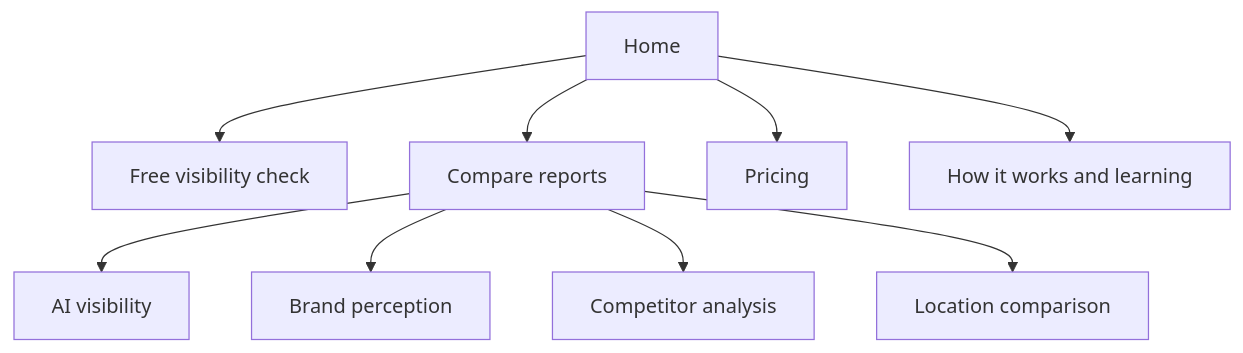
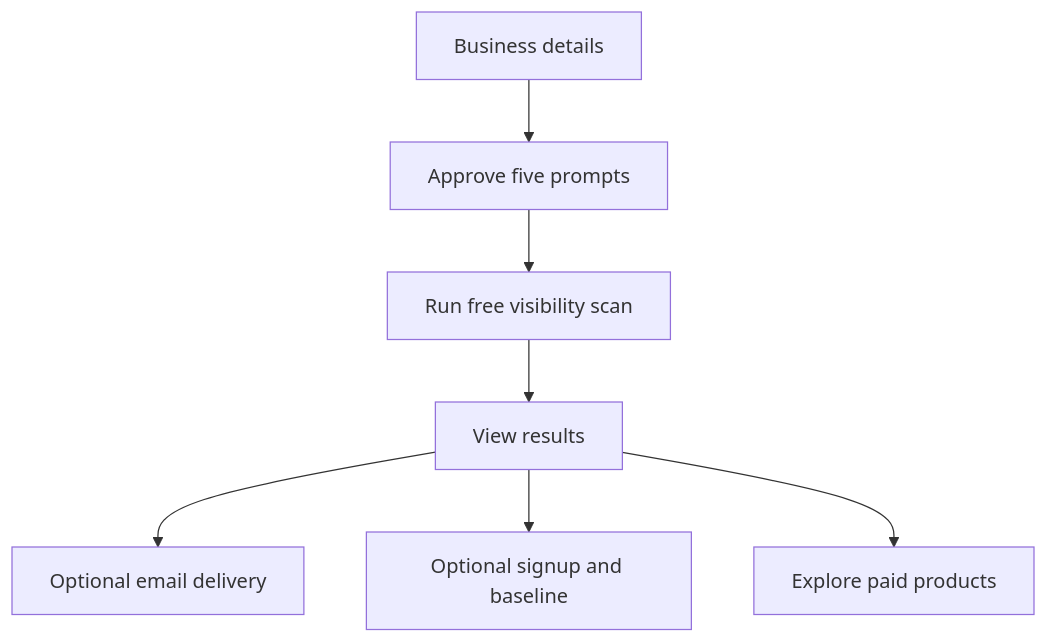
The first of 2 diagrams in docs/product/website-and-journey-map.md (javoniehodge-code/aibizscanner), drawn with Mermaid before and after one commit. The commit also changed other lines of this file and 12 other files, not shown here.

Commit message:
docs: align product flows, monitoring and checklists; add Claude Design skeleton

````diff
--- a/docs/product/website-and-journey-map.md
+++ b/docs/product/website-and-journey-map.md
@@ -12,11 +15,9 @@
 ```mermaid
 flowchart TD
-  H["Home"] --> F["Free visibility check"]
-  H --> R["Compare reports"]
-  H --> P["Pricing"]
-  H --> E["How it works and learning"]
-  R --> V["AI visibility"]
-  R --> B["Brand perception"]
-  R --> C["Competitor analysis"]
-  R --> L["Location comparison"]
+  B["Business details"] --> Q["Approve five prompts"]
+  Q --> S["Run free visibility scan"]
+  S --> R["View results"]
+  R --> E["Optional email delivery"]
+  R --> A["Optional signup and baseline"]
+  R --> P["Explore paid products"]
 ```
````
